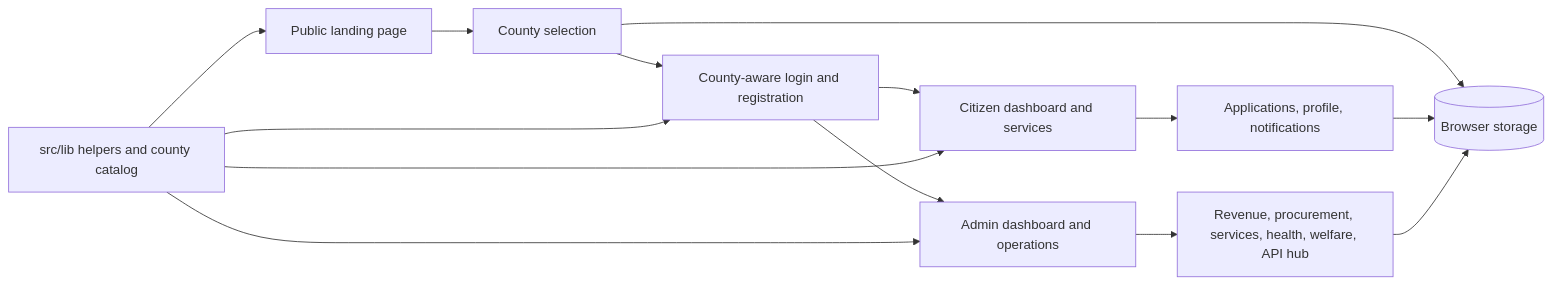
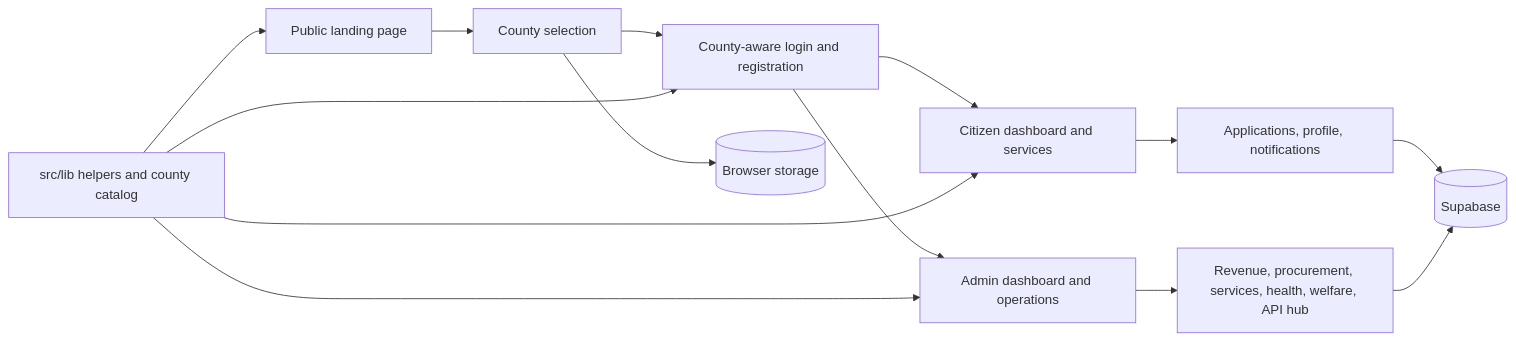
One commit to MadScie254/County-Connect changed the diagram in README.md. Above: the diagram before and after it, drawn with Mermaid. The commit also changed other lines of this file and 24 other files, not shown here.

````diff
--- a/README.md
+++ b/README.md
@@ -136,16 +139,16 @@
 ```mermaid
 flowchart LR
 	Landing[Public landing page] --> County[County selection]
 	County --> Login[County-aware login and registration]
 	Login --> Citizen[Citizen dashboard and services]
 	Login --> Admin[Admin dashboard and operations]
 	Citizen --> Forms[Applications, profile, notifications]
 	Admin --> Ops[Revenue, procurement, services, health, welfare, API hub]
 	County --> Storage[(Browser storage)]
-	Forms --> Storage
-	Ops --> Storage
+	Forms --> Supabase[(Supabase)]
+	Ops --> Supabase
 	Shared[src/lib helpers and county catalog] --> Landing
 	Shared --> Login
 	Shared --> Citizen
 	Shared --> Admin
 ```
````
